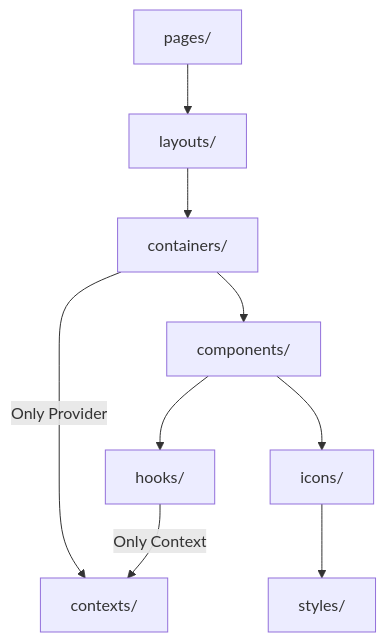
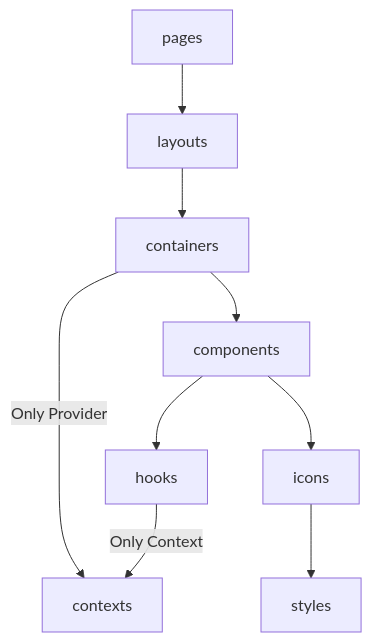
Before and after one commit to taco3064/cards: the diagram in README.md, drawn with Mermaid. The commit also changed other lines of this file and 7 other files, not shown here.

````diff
--- a/README.md
+++ b/README.md
@@ -39,11 +39,12 @@
 ```mermaid
-graph TD;
-  pages/ --> layouts/;
-  layouts/ --> containers/;
-  hooks/ -- Only Context --> contexts/;
-  containers/ -- Only Provider --> contexts/;
-  containers/ --> components/;
-  components/ --> hooks/;
-  components/ --> icons/;
-  icons/ --> styles/;
+flowchart TD
+  pages --> layouts
+  layouts --> containers
+  containers -- Only Provider --> contexts
+  containers --> components
+  components --> hooks
+  %% self-only
+  hooks -- Only Context --> contexts
+  components --> icons
+  icons --> styles
 ```
````
